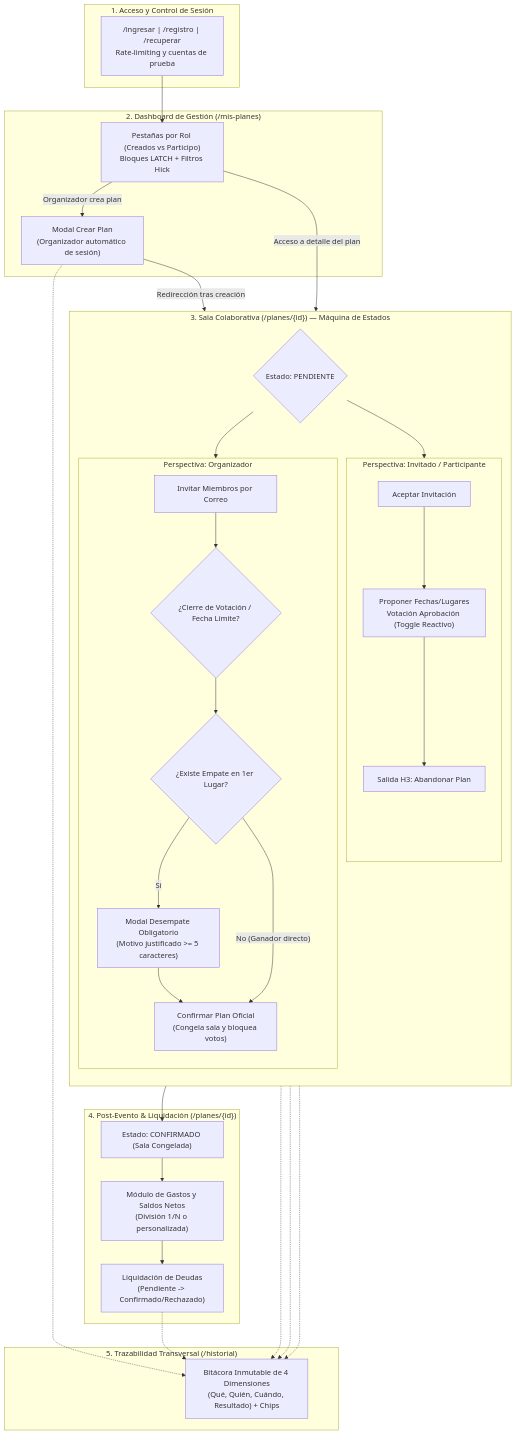
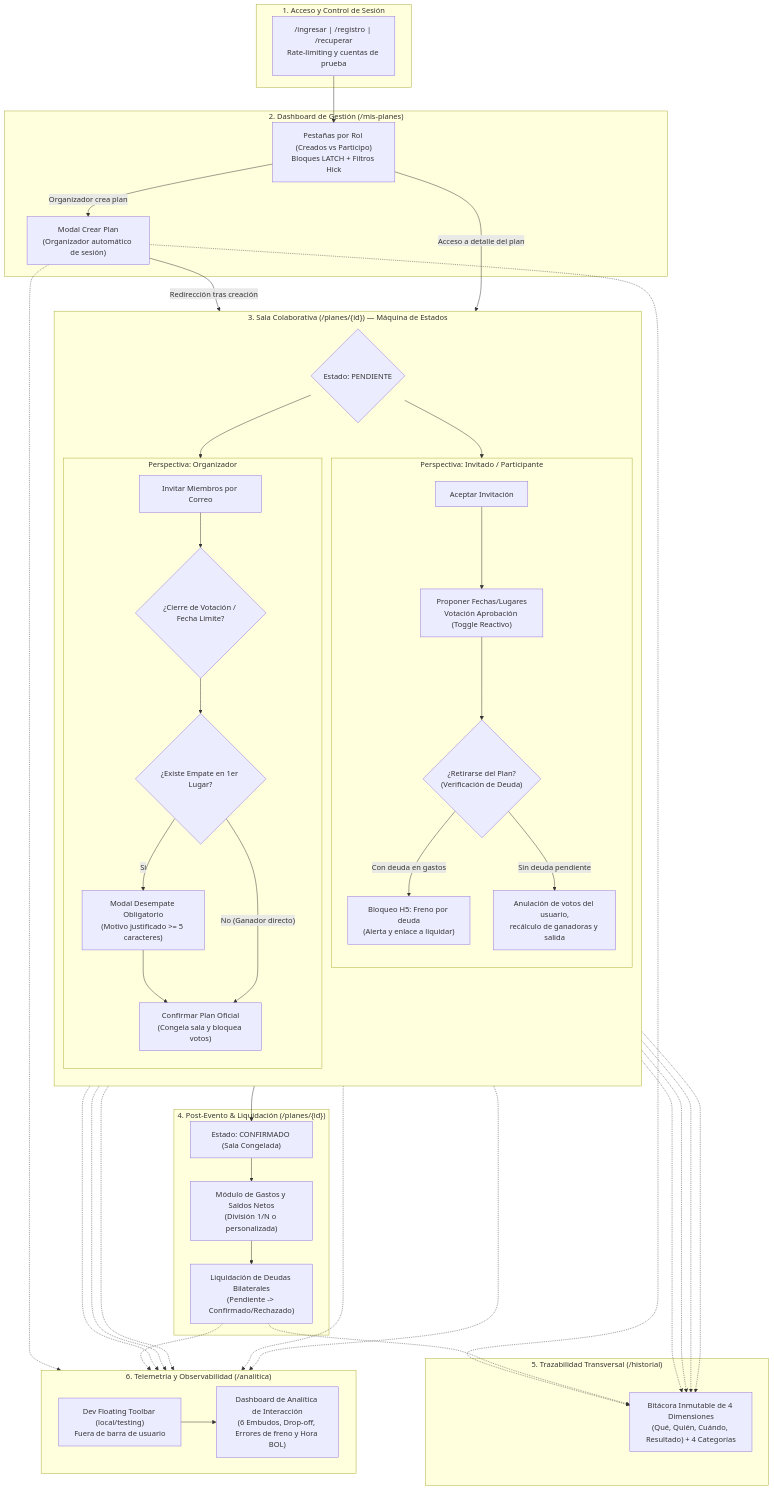
Before and after one commit to moises-cisneros/Proyecto2IHC: the diagram in README.md, drawn with Mermaid. The commit also changed other lines of this file and 4 other files, not shown here.

````diff
--- a/README.md
+++ b/README.md
@@ -168,57 +169,66 @@
 ```mermaid
 flowchart TD
     subgraph G_Acceso["1. Acceso y Control de Sesión"]
         Login["/ingresar | /registro | /recuperar<br/>Rate-limiting y cuentas de prueba"]
     end
 
     subgraph G_Dashboard["2. Dashboard de Gestión (/mis-planes)"]
         Dash["Pestañas por Rol (Creados vs Participo)<br/>Bloques LATCH + Filtros Hick"]
         ModalCrear["Modal Crear Plan<br/>(Organizador automático de sesión)"]
         Dash -->|"Organizador crea plan"| ModalCrear
     end
 
     subgraph G_Sala["3. Sala Colaborativa (/planes/{id}) — Máquina de Estados"]
         direction TB
         EstadoPendiente{"Estado: PENDIENTE"}
 
         subgraph S_Participante["Perspectiva: Invitado / Participante"]
             AceptarInv["Aceptar Invitación"] --> ProponerVotar["Proponer Fechas/Lugares<br/>Votación Aprobación (Toggle Reactivo)"]
-            ProponerVotar --> Abandono["Salida H3: Abandonar Plan"]
+            ProponerVotar --> RetiroCheck{"¿Retirarse del Plan?<br/>(Verificación de Deuda)"}
+            RetiroCheck -->|"Con deuda en gastos"| BloqueoRetiro["Bloqueo H5: Freno por deuda<br/>(Alerta y enlace a liquidar)"]
+            RetiroCheck -->|"Sin deuda pendiente"| RetiroExito["Anulación de votos del usuario,<br/>recálculo de ganadoras y salida"]
         end
 
         subgraph S_Organizador["Perspectiva: Organizador"]
             Invitar["Invitar Miembros por Correo"]
             Cierre{"¿Cierre de Votación / Fecha Límite?"}
             Empate{"¿Existe Empate en 1er Lugar?"}
             DesempateModal["Modal Desempate Obligatorio<br/>(Motivo justificado >= 5 caracteres)"]
             ConfirmarAccion["Confirmar Plan Oficial<br/>(Congela sala y bloquea votos)"]
 
             Invitar --> Cierre
             Cierre --> Empate
             Empate -->|"Sí"| DesempateModal
             DesempateModal --> ConfirmarAccion
             Empate -->|"No (Ganador directo)"| ConfirmarAccion
         end
 
         EstadoPendiente --> S_Participante
         EstadoPendiente --> S_Organizador
     end
 
     subgraph G_Post["4. Post-Evento & Liquidación (/planes/{id})"]
         EstadoConfirmado["Estado: CONFIRMADO (Sala Congelada)"]
         Gastos["Módulo de Gastos y Saldos Netos<br/>(División 1/N o personalizada)"]
-        Pagos["Liquidación de Deudas<br/>(Pendiente -> Confirmado/Rechazado)"]
+        Pagos["Liquidación de Deudas Bilaterales<br/>(Pendiente -> Confirmado/Rechazado)"]
         EstadoConfirmado --> Gastos --> Pagos
     end
 
     subgraph G_Auditoria["5. Trazabilidad Transversal (/historial)"]
-        Bitacora["Bitácora Inmutable de 4 Dimensiones<br/>(Qué, Quién, Cuándo, Resultado) + Chips"]
+        Bitacora["Bitácora Inmutable de 4 Dimensiones<br/>(Qué, Quién, Cuándo, Resultado) + 4 Categorías"]
+    end
+
+    subgraph G_Telemetria["6. Telemetría y Observabilidad (/analitica)"]
+        DevToolbar["Dev Floating Toolbar (local/testing)<br/>Fuera de barra de usuario"]
+        AnaliticaPanel["Dashboard de Analítica de Interacción<br/>(6 Embudos, Drop-off, Errores de freno y Hora BOL)"]
+        DevToolbar --> AnaliticaPanel
     end
 
     Login --> Dash
     ModalCrear -->|"Redirección tras creación"| EstadoPendiente
     Dash -->|"Acceso a detalle del plan"| EstadoPendiente
     ConfirmarAccion --> EstadoConfirmado
 
-    ModalCrear & ProponerVotar & DesempateModal & ConfirmarAccion & Pagos -.-> Bitacora
+    ModalCrear & ProponerVotar & DesempateModal & ConfirmarAccion & Pagos & RetiroExito -.-> Bitacora
+    ModalCrear & ProponerVotar & DesempateModal & ConfirmarAccion & Pagos & RetiroExito & BloqueoRetiro -.-> G_Telemetria
 ```
````
